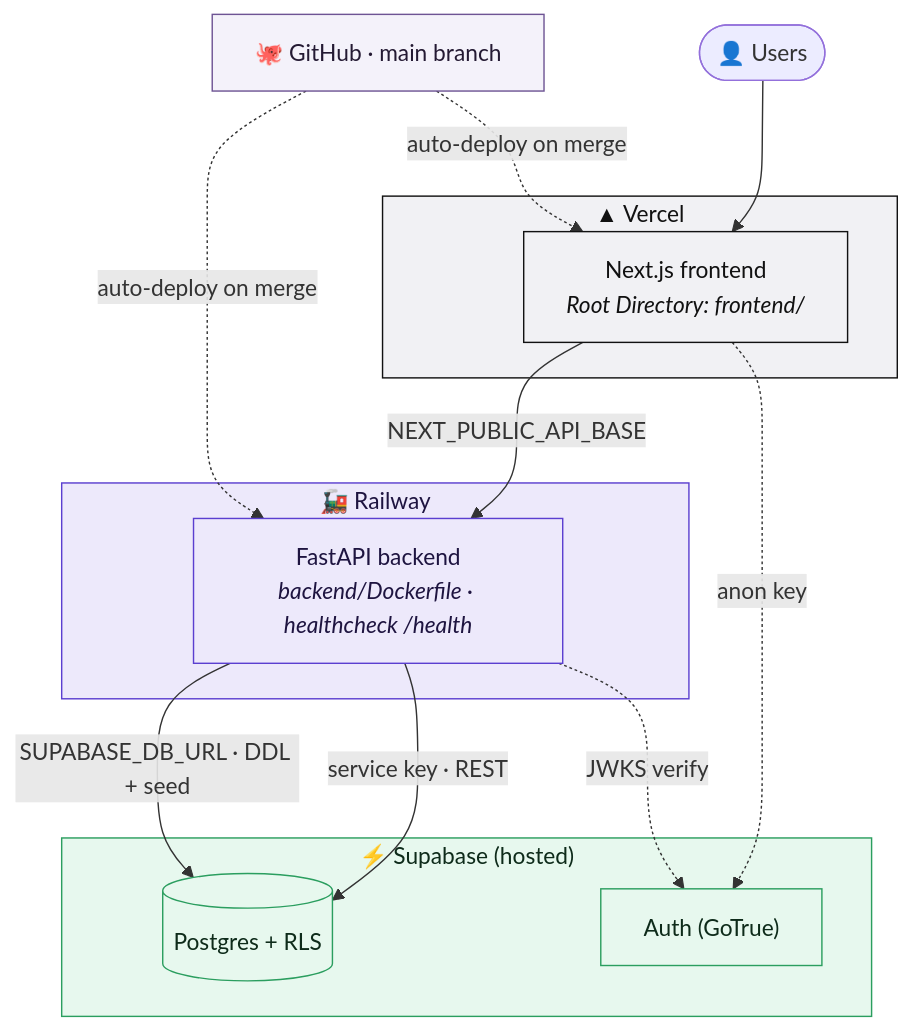
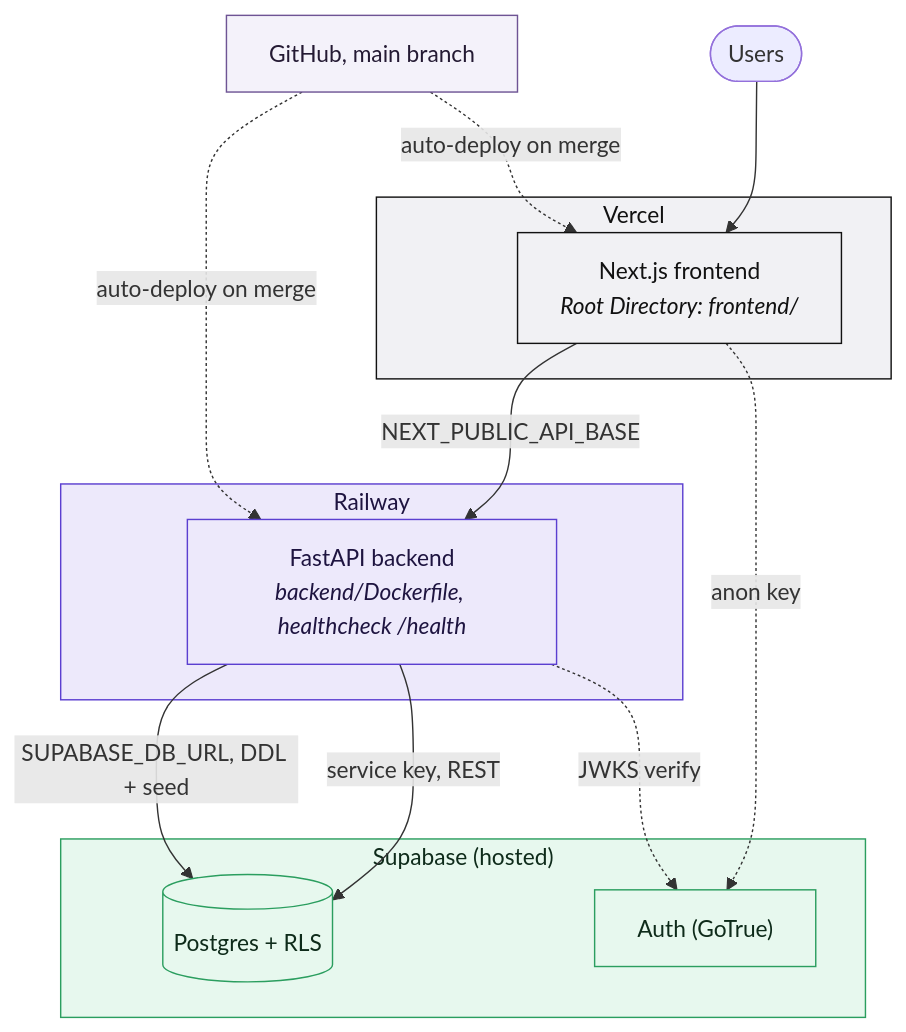
Before and after one commit to Delta-43/Codaro_Aug2026_Hackathon_Template: the second of 4 diagrams in README.md, drawn with Mermaid. The commit also changed other lines of this file, not shown here.

````diff
--- a/README.md
+++ b/README.md
@@ -100,37 +98,37 @@
 ```mermaid
 flowchart TB
-    U([👤 Users])
+    U([Users])
 
-    subgraph V["▲ Vercel"]
+    subgraph V["Vercel"]
         FE["Next.js frontend<br/><i>Root Directory: frontend/</i>"]
     end
 
-    subgraph R["🚂 Railway"]
-        BE["FastAPI backend<br/><i>backend/Dockerfile · healthcheck /health</i>"]
+    subgraph R["Railway"]
+        BE["FastAPI backend<br/><i>backend/Dockerfile, healthcheck /health</i>"]
     end
 
-    subgraph S["⚡ Supabase (hosted)"]
+    subgraph S["Supabase (hosted)"]
         DB[("Postgres + RLS")]
         AU["Auth (GoTrue)"]
     end
 
-    GH["🐙 GitHub · main branch"]
+    GH["GitHub, main branch"]
 
     U --> FE
     FE -->|"NEXT_PUBLIC_API_BASE"| BE
     FE -.->|"anon key"| AU
-    BE -->|"service key · REST"| DB
-    BE -->|"SUPABASE_DB_URL · DDL + seed"| DB
+    BE -->|"service key, REST"| DB
+    BE -->|"SUPABASE_DB_URL, DDL + seed"| DB
     BE -.->|"JWKS verify"| AU
     GH -.->|"auto-deploy on merge"| FE
     GH -.->|"auto-deploy on merge"| BE
 
     classDef v fill:#f1f1f4,stroke:#111111,color:#111111
     classDef r fill:#ede9fb,stroke:#5b3fd0,color:#1e1440
     classDef s fill:#e7f8ee,stroke:#2b9e5f,color:#0e2b1a
     classDef g fill:#f4f2fa,stroke:#6e5494,color:#241a33
     class V,FE v
     class R,BE r
     class S,DB,AU s
     class GH g
 ```
````
